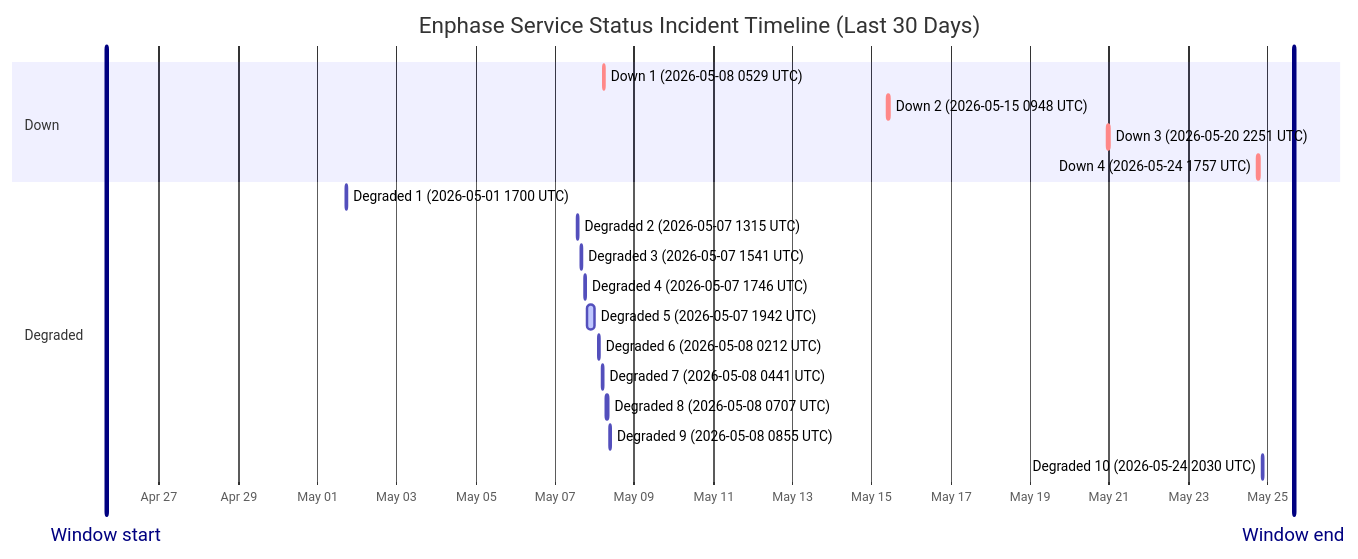
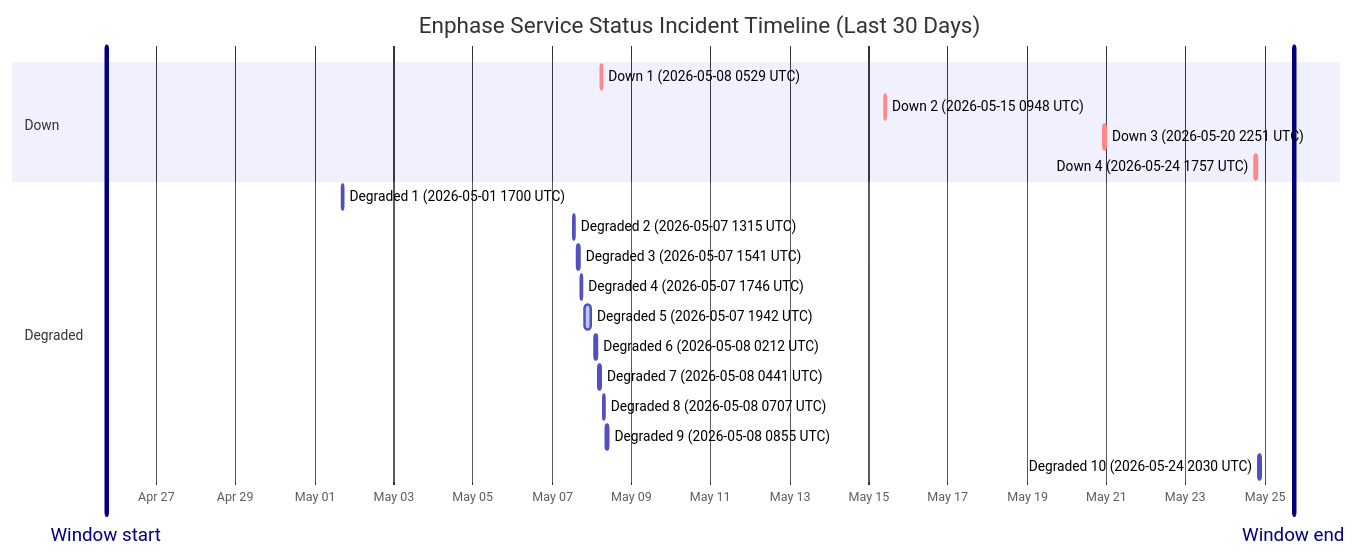
The diagram in wiki/Service-Status-History.md (barneyonline/ha-enphase-ev-charger), drawn with Mermaid before and after one commit. The commit also changed other lines of this file and 3 other files, not shown here.

````diff
--- a/wiki/Service-Status-History.md
+++ b/wiki/Service-Status-History.md
@@ -14,24 +14,24 @@
 ```mermaid
 gantt
     title Enphase Service Status Incident Timeline (Last 30 Days)
     dateFormat  YYYY-MM-DDTHH:mm:ss
     axisFormat  %b %d
-    Window start :vert, window-start, 2026-04-25T15:49:19, 0ms
-    Window end :vert, window-end, 2026-05-25T15:49:19, 0ms
+    Window start :vert, window-start, 2026-04-25T17:42:31, 0ms
+    Window end :vert, window-end, 2026-05-25T17:42:31, 0ms
     section Down
     Down 1 (2026-05-08 0529 UTC) :crit, down-1, 2026-05-08T05:29:47, 60m
     Down 2 (2026-05-15 0948 UTC) :crit, down-2, 2026-05-15T09:48:18, 60m
     Down 3 (2026-05-20 2251 UTC) :crit, down-3, 2026-05-20T22:51:14, 75m
     Down 4 (2026-05-24 1757 UTC) :crit, down-4, 2026-05-24T17:57:41, 86m
     section Degraded
     Degraded 1 (2026-05-01 1700 UTC) :active, degraded-1, 2026-05-01T17:00:22, 60m
     Degraded 2 (2026-05-07 1315 UTC) :active, degraded-2, 2026-05-07T13:15:25, 60m
     Degraded 3 (2026-05-07 1541 UTC) :active, degraded-3, 2026-05-07T15:41:58, 60m
     Degraded 4 (2026-05-07 1746 UTC) :active, degraded-4, 2026-05-07T17:46:51, 60m
     Degraded 5 (2026-05-07 1942 UTC) :active, degraded-5, 2026-05-07T19:42:10, 249m
     Degraded 6 (2026-05-08 0212 UTC) :active, degraded-6, 2026-05-08T02:12:39, 60m
     Degraded 7 (2026-05-08 0441 UTC) :active, degraded-7, 2026-05-08T04:41:46, 60m
     Degraded 8 (2026-05-08 0707 UTC) :active, degraded-8, 2026-05-08T07:07:30, 60m
     Degraded 9 (2026-05-08 0855 UTC) :active, degraded-9, 2026-05-08T08:55:20, 88m
     Degraded 10 (2026-05-24 2030 UTC) :active, degraded-10, 2026-05-24T20:30:57, 84m
 ```
````
